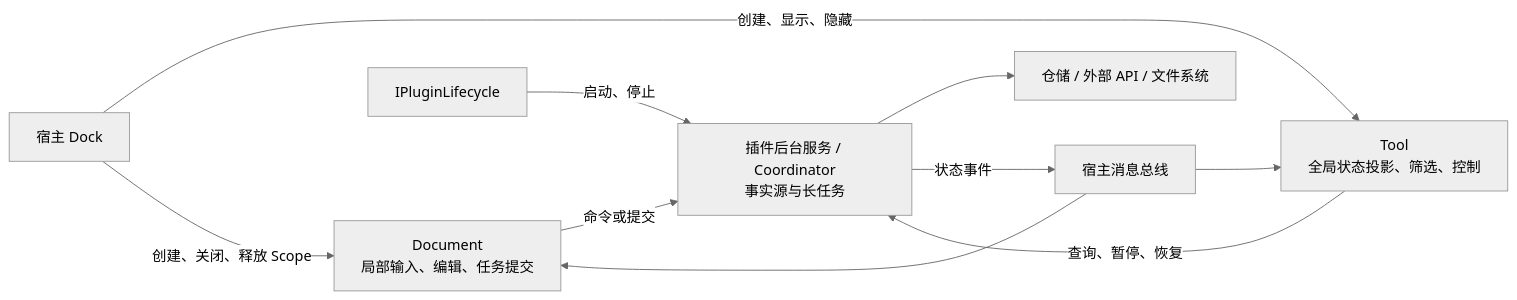
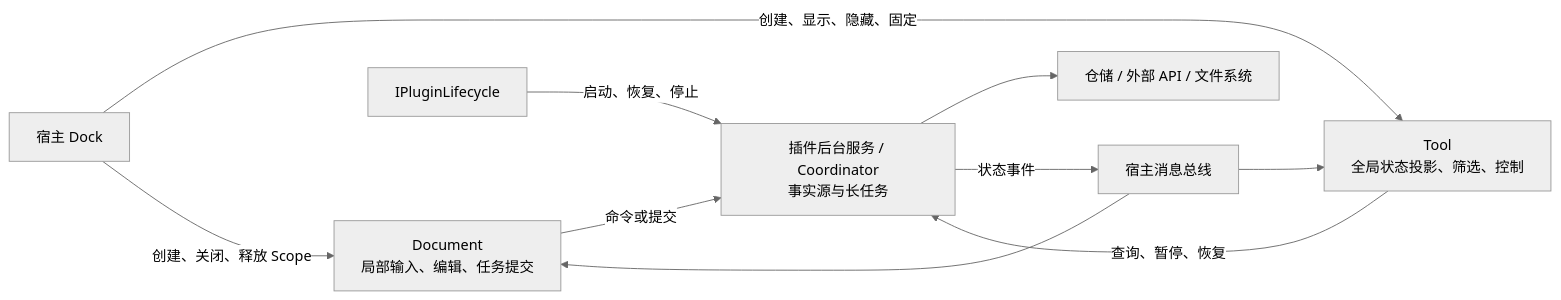
One commit to crownclowngx/avalonia_dock_simple_test changed the fourth of 5 diagrams in docs/host-plugin-architecture-review.md. Above: the diagram before and after it, drawn with Mermaid (neutral theme). The commit also changed other lines of this file, not shown here.

````diff
--- a/docs/host-plugin-architecture-review.md
+++ b/docs/host-plugin-architecture-review.md
@@ -170,20 +182,20 @@
 ```mermaid
 flowchart LR
     Doc["Document<br/>局部输入、编辑、任务提交"]
     Tool["Tool<br/>全局状态投影、筛选、控制"]
     Service["插件后台服务 / Coordinator<br/>事实源与长任务"]
     Store["仓储 / 外部 API / 文件系统"]
     Bus["宿主消息总线"]
     Life["IPluginLifecycle"]
 
     Doc -->|"命令或提交"| Service
     Tool -->|"查询、暂停、恢复"| Service
     Service --> Store
     Service -->|"状态事件"| Bus
     Bus --> Doc
     Bus --> Tool
-    Life -->|"启动、停止"| Service
+    Life -->|"启动、恢复、停止"| Service
 
-    Host["宿主 Dock"] -->|"创建、显示、隐藏"| Tool
+    Host["宿主 Dock"] -->|"创建、显示、隐藏、固定"| Tool
     Host -->|"创建、关闭、释放 Scope"| Doc
 ```
````
